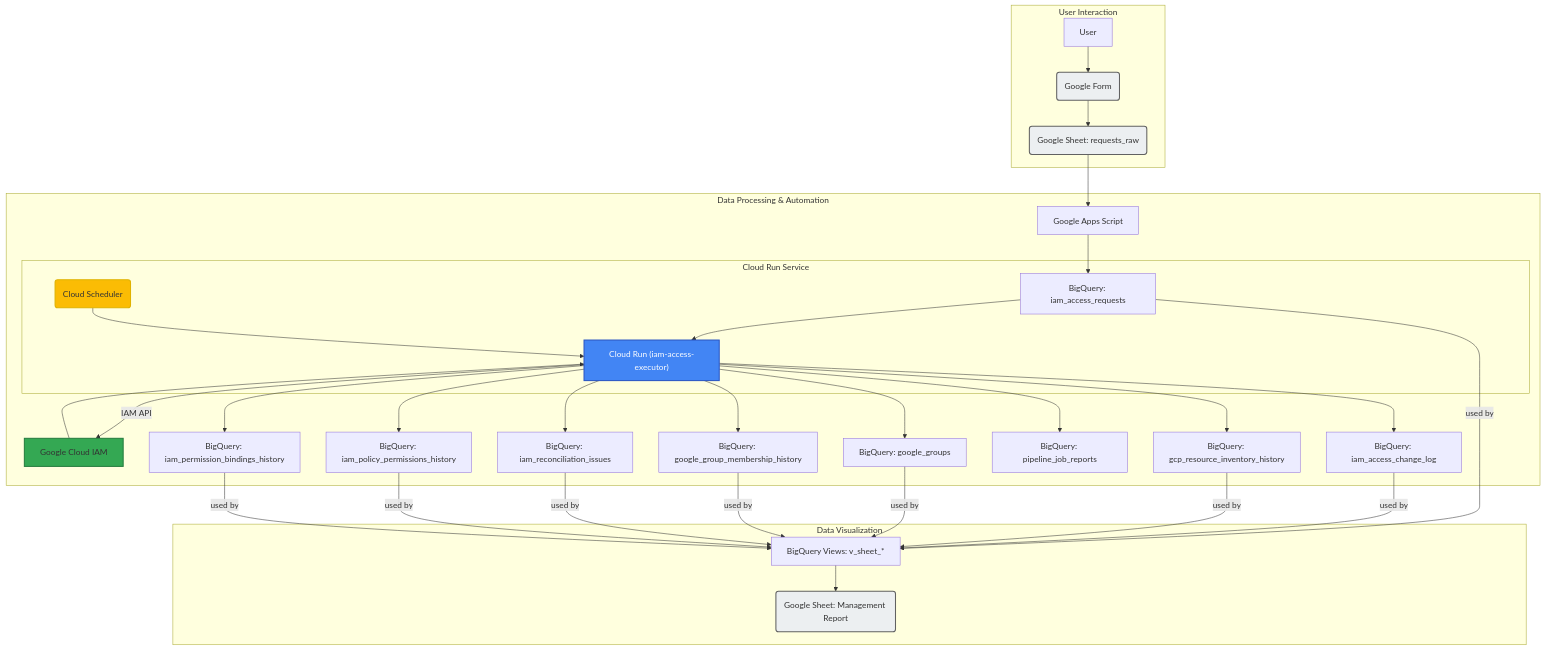
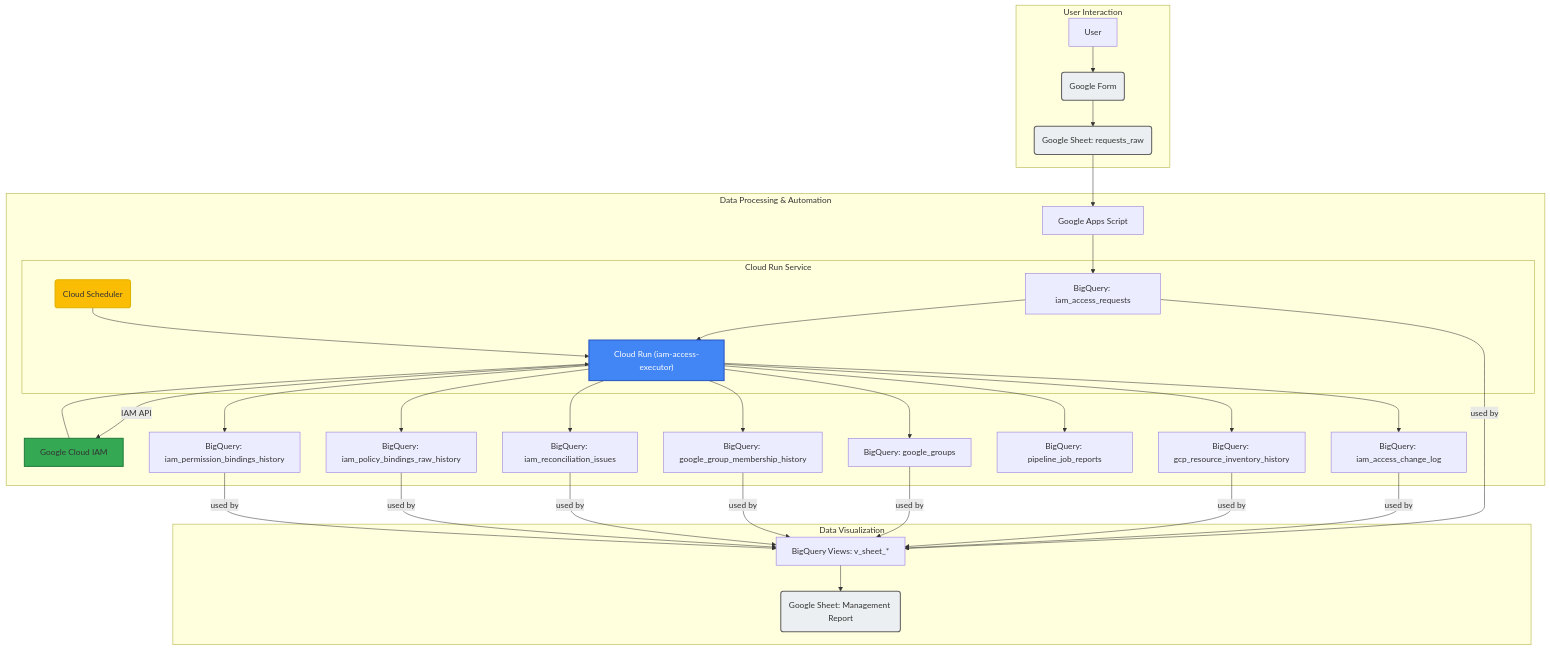
The diagram in README.md (ea-Mitsuoka/cloud-access-manager), drawn with Mermaid before and after one commit. The commit also changed other lines of this file and 3 other files, not shown here.

````diff
--- a/README.md
+++ b/README.md
@@ -20,49 +20,49 @@
 ```mermaid
 graph TD
     subgraph "User Interaction"
         A[User] --> B("Google Form");
         B --> C("Google Sheet: requests_raw");
     end
 
     subgraph "Data Processing & Automation"
         C --> D["Google Apps Script"];
         D --> E["BigQuery: iam_access_requests"];
 
         subgraph "Cloud Run Service"
             CR["Cloud Run (iam-access-executor)"];
             E --> CR;
             F("Cloud Scheduler") --> CR;
         end
 
         CR -- "IAM API" --> G["Google Cloud IAM"];
         G --> CR;
         
         CR --> H["BigQuery: iam_access_change_log"];
         CR --> I["BigQuery: gcp_resource_inventory_history"];
         CR --> J["BigQuery: google_groups"];
         CR --> K["BigQuery: google_group_membership_history"];
         CR --> L["BigQuery: iam_reconciliation_issues"];
         CR --> M["BigQuery: pipeline_job_reports"];
-        CR --> N["BigQuery: iam_policy_permissions_history"];
+        CR --> N["BigQuery: iam_policy_bindings_raw_history"];
         CR --> O["BigQuery: iam_permission_bindings_history"];
     end
 
     subgraph "Data Visualization"
         P["BigQuery Views: v_sheet_*"] --> Q("Google Sheet: Management Report");
         E -- "used by" --> P;
         H -- "used by" --> P;
         I -- "used by" --> P;
         J -- "used by" --> P;
         K -- "used by" --> P;
         L -- "used by" --> P;
         N -- "used by" --> P;
         O -- "used by" --> P;
     end
 
     style CR fill:#4285F4,stroke:#2a56c4,stroke-width:2px,color:#FFFFFF
     style F fill:#FBBC04,stroke:#e0b200,stroke-width:2px
     style G fill:#34A853,stroke:#267d3f,stroke-width:2px
     style B fill:#ECEFF1,stroke:#616161,stroke-width:2px
     style C fill:#ECEFF1,stroke:#616161,stroke-width:2px
     style Q fill:#ECEFF1,stroke:#616161,stroke-width:2px
 ```
````
